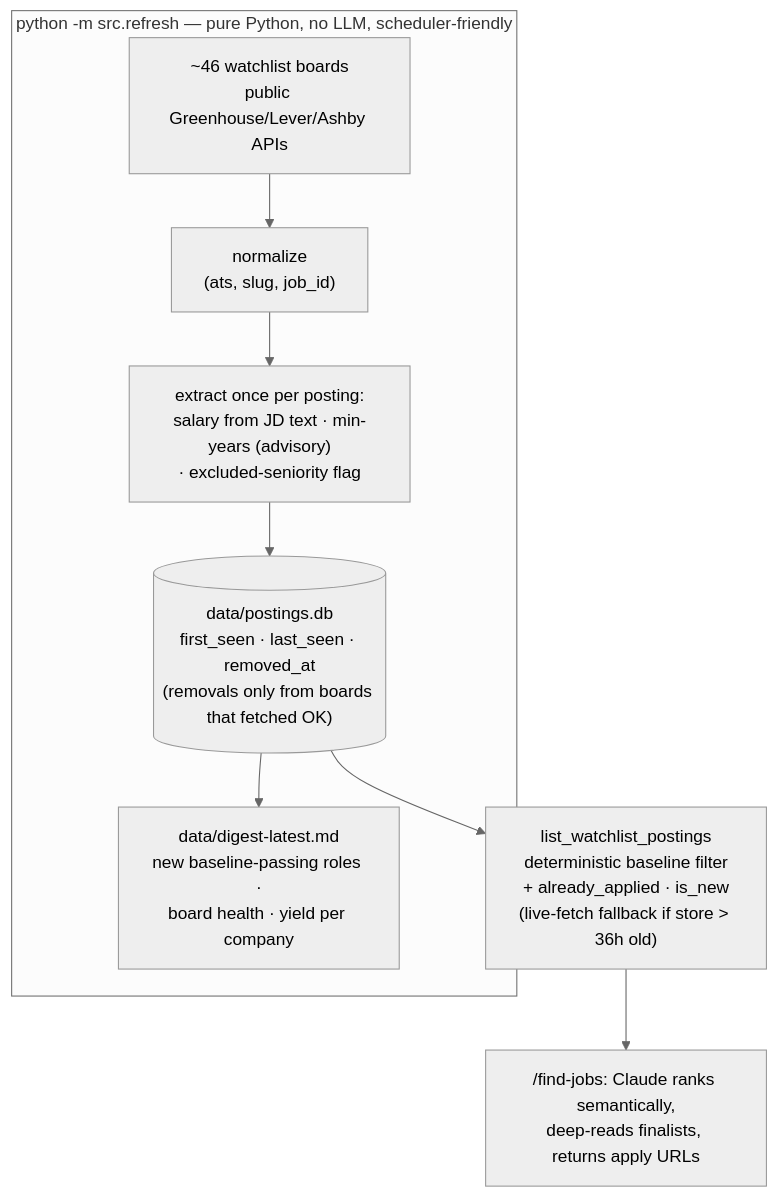
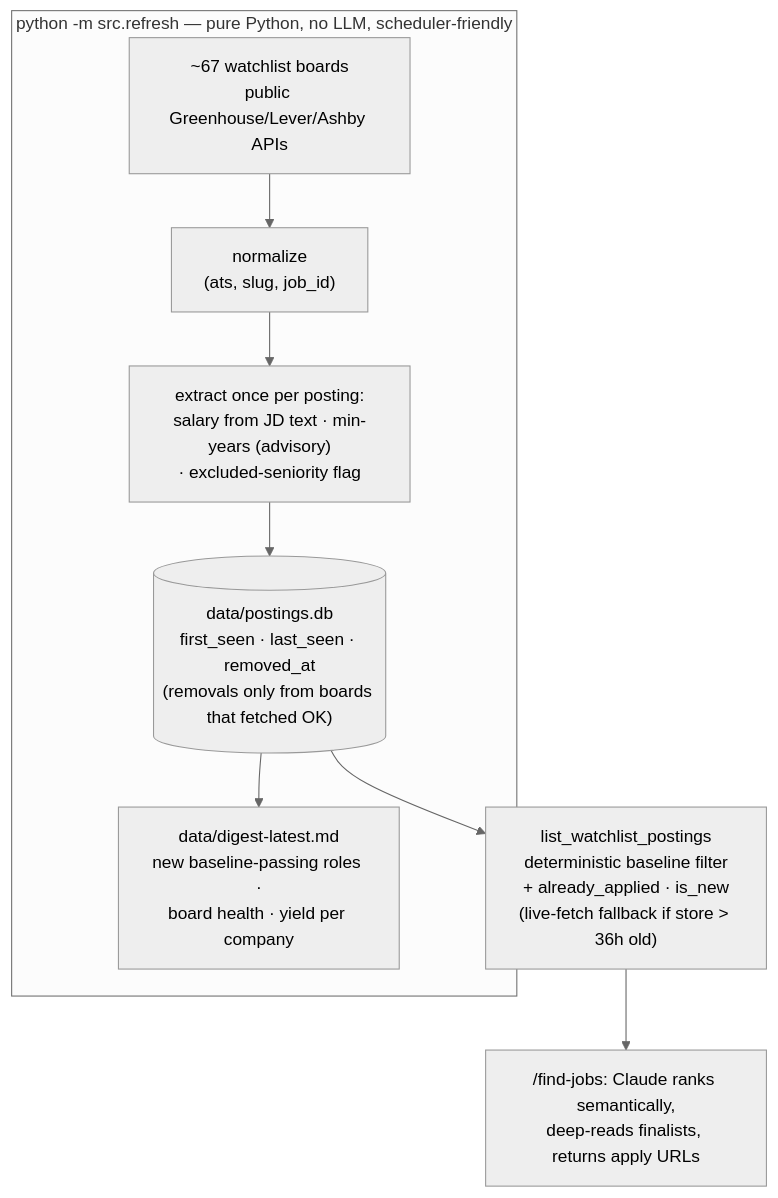
The first of 7 diagrams in README.md (sbhaskaran0/job-applier), drawn with Mermaid (neutral theme) before and after one commit. The commit also changed 3 other files, not shown here.

First line of the commit message:
chore(watchlist): adopt 21 discovery boards (2026-07-13 drained-queue run)

````diff
--- a/README.md
+++ b/README.md
@@ -67,11 +67,11 @@
 ```mermaid
 flowchart TD
     subgraph ING["python -m src.refresh — pure Python, no LLM, scheduler-friendly"]
-        B["~46 watchlist boards<br/>public Greenhouse/Lever/Ashby APIs"] --> N["normalize<br/>(ats, slug, job_id)"]
+        B["~67 watchlist boards<br/>public Greenhouse/Lever/Ashby APIs"] --> N["normalize<br/>(ats, slug, job_id)"]
         N --> X["extract once per posting:<br/>salary from JD text · min-years (advisory)<br/>· excluded-seniority flag"]
         X --> DB[("data/postings.db<br/>first_seen · last_seen · removed_at<br/>(removals only from boards that fetched OK)")]
         DB --> DG["data/digest-latest.md<br/>new baseline-passing roles ·<br/>board health · yield per company"]
     end
     DB --> Q["list_watchlist_postings<br/>deterministic baseline filter<br/>+ already_applied · is_new<br/>(live-fetch fallback if store > 36h old)"]
     Q --> R["/find-jobs: Claude ranks semantically,<br/>deep-reads finalists, returns apply URLs"]
 ```
````
